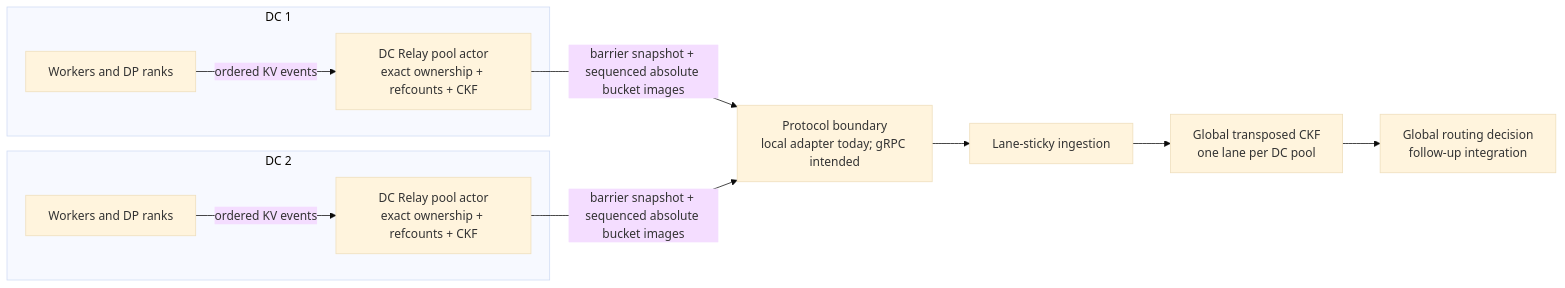
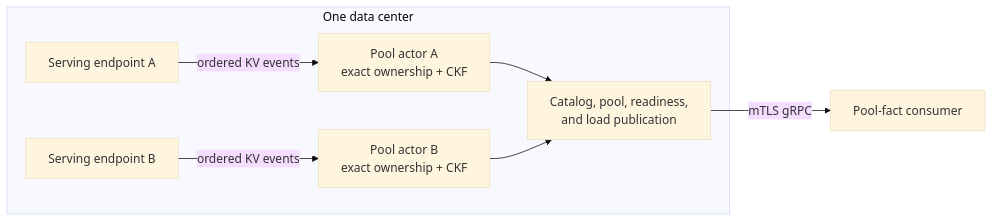
The diagram in docs/fern/components/router/multi-dc-kv-routing.md (ai-dynamo/dynamo), drawn with Mermaid (base theme) before and after one commit. The commit also changed other lines of this file and 4 other files, not shown here.

````diff
--- a/docs/fern/components/router/multi-dc-kv-routing.md
+++ b/docs/fern/components/router/multi-dc-kv-routing.md
@@ -20,14 +18,10 @@
 ```mermaid
 flowchart LR
-    subgraph DC1["DC 1"]
-        W1["Workers and DP ranks"] -->|"ordered KV events"| R1["DC Relay pool actor\nexact ownership + refcounts + CKF"]
+    subgraph DC["One data center"]
+        E1["Serving endpoint A"] -->|"ordered KV events"| A1["Pool actor A\nexact ownership + CKF"]
+        E2["Serving endpoint B"] -->|"ordered KV events"| A2["Pool actor B\nexact ownership + CKF"]
+        A1 --> P["Catalog, pool, readiness,\nand load publication"]
+        A2 --> P
     end
-    subgraph DC2["DC 2"]
-        W2["Workers and DP ranks"] -->|"ordered KV events"| R2["DC Relay pool actor\nexact ownership + refcounts + CKF"]
-    end
-    R1 -->|"barrier snapshot + sequenced absolute bucket images"| T["Protocol boundary\nlocal adapter today; gRPC intended"]
-    R2 -->|"barrier snapshot + sequenced absolute bucket images"| T
-    T --> I["Lane-sticky ingestion"]
-    I --> G["Global transposed CKF\none lane per DC pool"]
-    G --> Q["Global routing decision\nfollow-up integration"]
+    P -->|"mTLS gRPC"| C["Pool-fact consumer"]
 ```
````
